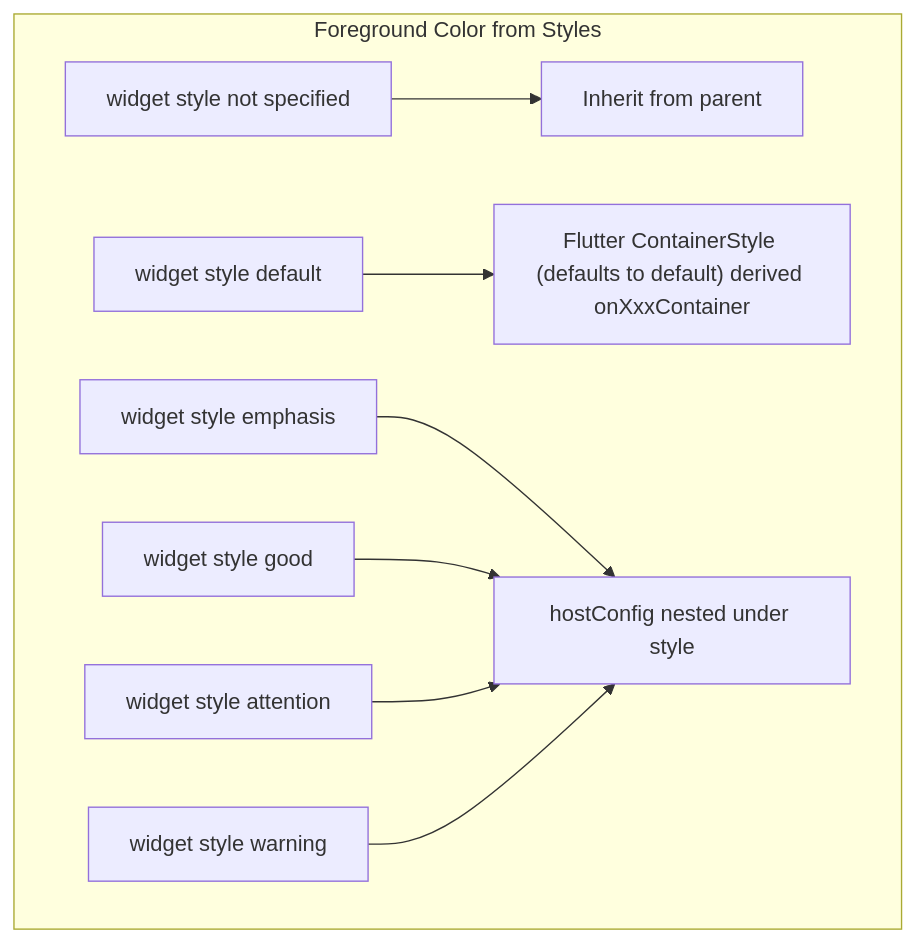
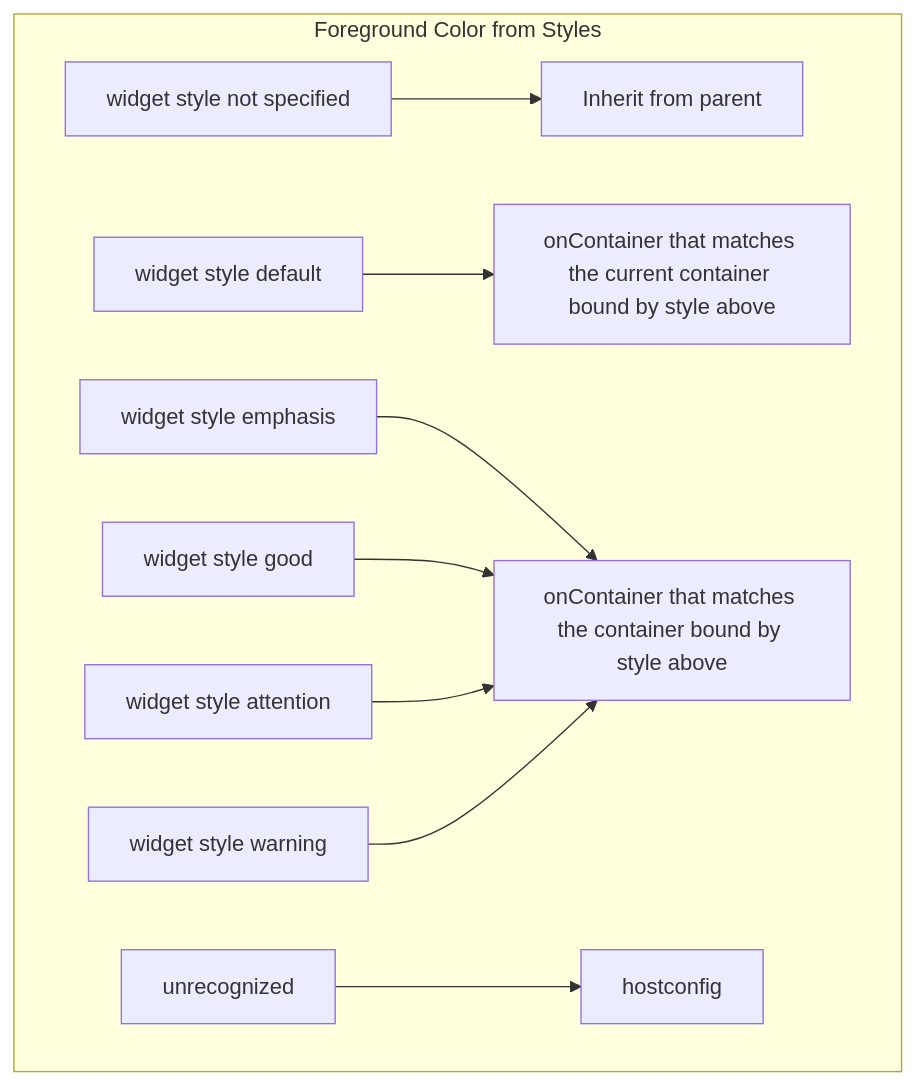
Before and after one commit to freemansoft/Flutter-AdaptiveCards: the third of 3 diagrams in README.md, drawn with Mermaid. The commit also changed other lines of this file and 1 other file, not shown here.

Commit message:
Pushed to logical conclusion for foreground container colors

````diff
--- a/README.md
+++ b/README.md
@@ -67,11 +67,12 @@
 ```mermaid
 flowchart
   subgraph ForegroundStyles[Foreground Color from Styles]
   notset[widget style not specified] --> inherit[Inherit from parent]
-  default[widget style default] --> container["Flutter ContainerStyle (defaults to default) derived onXxxContainer" ]
-  emphasis[widget style emphasis] --> hostConfig[hostConfig nested under style]
-  good[widget style good] --> hostConfig
-  attention[widget style attention] --> hostConfig
-  warning[widget style warning] --> hostConfig
+  default[widget style default] --> associatedContainer["onContainer that matches the current container bound by style above" ]
+  emphasis[widget style emphasis] --> container["onContainer that matches the container bound by style above"]
+  good[widget style good] --> container
+  attention[widget style attention] --> container
+  warning[widget style warning] --> container
+  unrecognized --> hostconfig
   end
 ```
````
